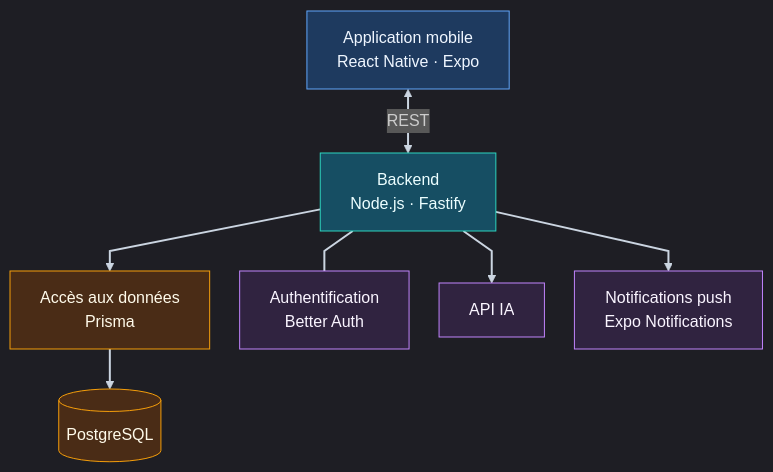
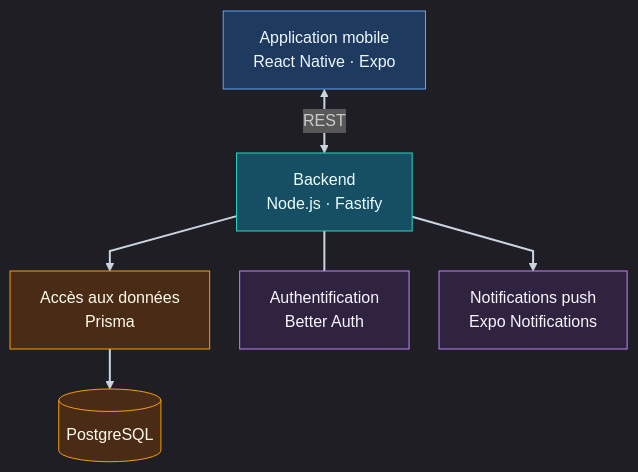
The first of 5 diagrams in stack.md (Bryan-Menoux/ColocSync), drawn with Mermaid before and after one commit. The commit also changed other lines of this file and 46 other files, not shown here.

````diff
--- a/stack.md
+++ b/stack.md
@@ -22,27 +21,25 @@
 ```mermaid
 %%{init: {"theme":"dark","flowchart":{"curve":"linear","nodeSpacing":30,"rankSpacing":40},"themeVariables":{"lineColor":"#cbd5e1","fontFamily":"system-ui"}}}%%
 flowchart TB
     mobile["Application mobile<br/>React Native · Expo"]
     api["Backend<br/>Node.js · Fastify"]
     prisma["Accès aux données<br/>Prisma"]
     db[(PostgreSQL)]
     auth["Authentification<br/>Better Auth"]
-    ia["API IA"]
     push["Notifications push<br/>Expo Notifications"]
 
     mobile <-->|REST| api
     api --> prisma --> db
     api --- auth
-    api --> ia
     api --> push
 
     classDef client fill:#1e3a5f,stroke:#60a5fa,color:#eff6ff
     classDef server fill:#164e63,stroke:#2dd4bf,color:#ecfeff
     classDef data fill:#4a2c16,stroke:#f59e0b,color:#fffbeb
     classDef service fill:#302340,stroke:#c084fc,color:#faf5ff
     class mobile client
     class api server
     class prisma,db data
-    class auth,ia,push service
+    class auth,push service
     linkStyle default stroke:#cbd5e1,stroke-width:2px
 ```
````
